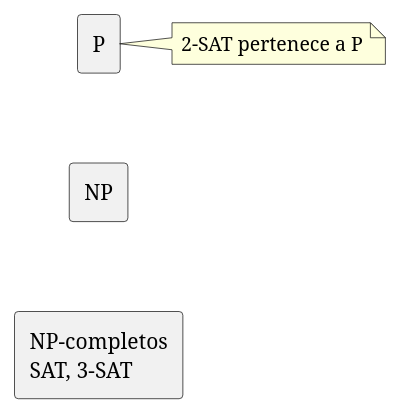
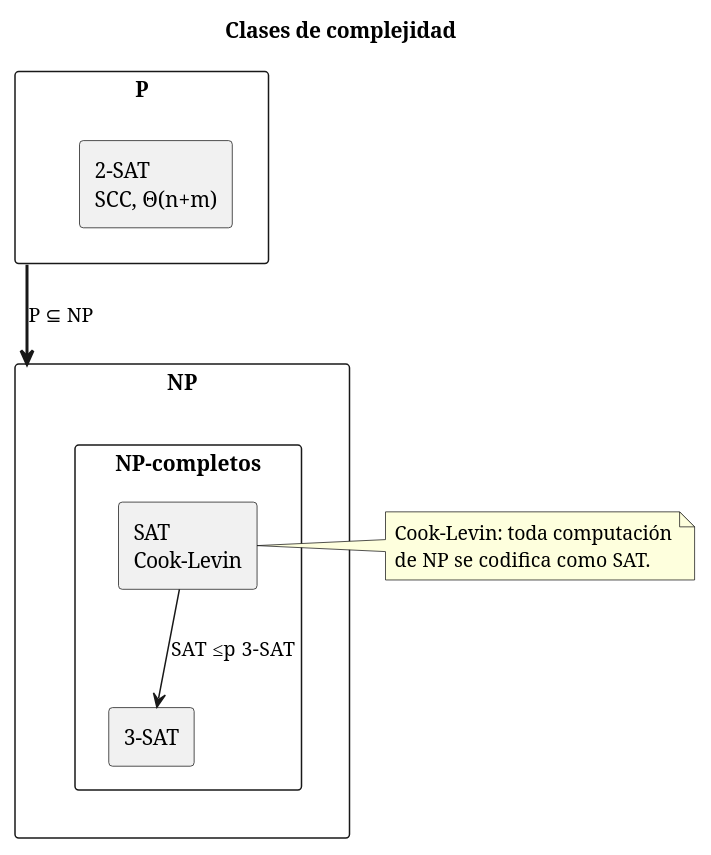
One commit to Rick1751/3_SAT_configurador-de-opciones-compatibles changed the diagram in diagramas/complejidad/complejidad_clases.puml. Above: the diagram before and after it, drawn with PlantUML. The commit also changed 40 other files, not shown here.

```diff
--- a/diagramas/complejidad/complejidad_clases.puml
+++ b/diagramas/complejidad/complejidad_clases.puml
@@ -1,8 +1,18 @@
 @startuml
-rectangle "P" as P
-rectangle "NP" as N
-rectangle "NP-completos\nSAT, 3-SAT" as C
-P -[hidden]-> N
-N -[hidden]-> C
-note right of P: 2-SAT pertenece a P
+title Clases de complejidad
+rectangle "P" as P {
+  rectangle "2-SAT\nSCC, Θ(n+m)" as TWO
+}
+rectangle "NP" as NP {
+  rectangle "NP-completos" as NPC {
+    rectangle "SAT\nCook-Levin" as SAT
+    rectangle "3-SAT" as THREE
+  }
+}
+P -[bold]-> NP : P ⊆ NP
+SAT --> THREE : SAT ≤p 3-SAT
+note right of SAT
+Cook-Levin: toda computación
+de NP se codifica como SAT.
+end note
 @enduml
```
